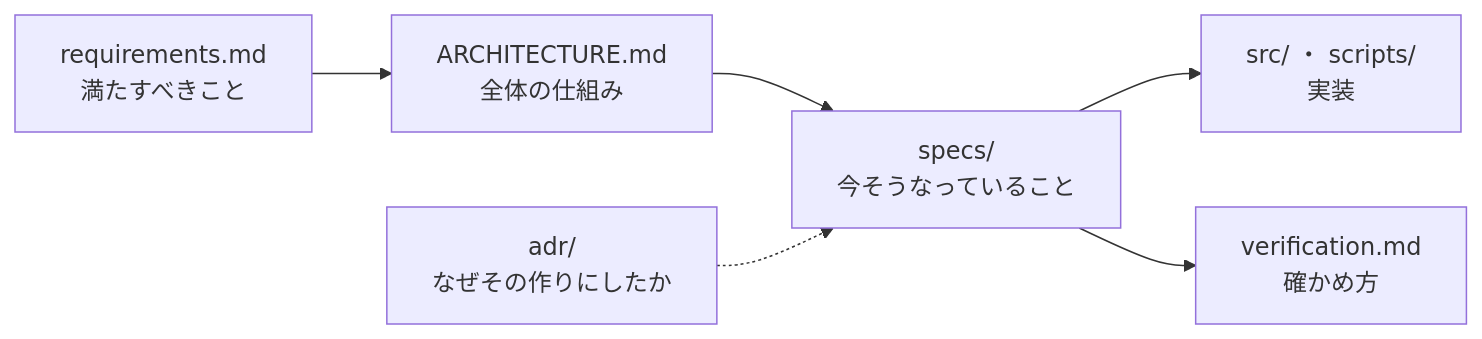
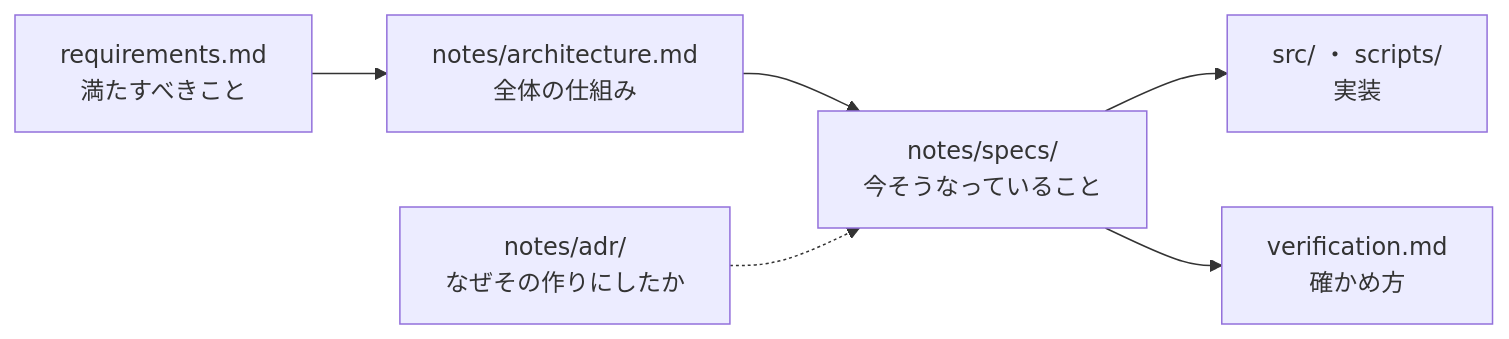
One commit to Harurow/chrome.ext.silent-tab changed the first of 2 diagrams in docs/design.md. Above: the diagram before and after it, drawn with Mermaid. The commit also changed other lines of this file and 33 other files, not shown here.

````diff
--- a/docs/design.md
+++ b/docs/design.md
@@ -10,8 +10,8 @@
 ```mermaid
 flowchart LR
-  R["requirements.md<br/>満たすべきこと"] --> A["ARCHITECTURE.md<br/>全体の仕組み"]
-  A --> S["specs/<br/>今そうなっていること"]
-  D["adr/<br/>なぜその作りにしたか"] -.-> S
+  R["requirements.md<br/>満たすべきこと"] --> A["notes/architecture.md<br/>全体の仕組み"]
+  A --> S["notes/specs/<br/>今そうなっていること"]
+  D["notes/adr/<br/>なぜその作りにしたか"] -.-> S
   S --> C["src/ ・ scripts/<br/>実装"]
   S --> V["verification.md<br/>確かめ方"]
 ```
````
